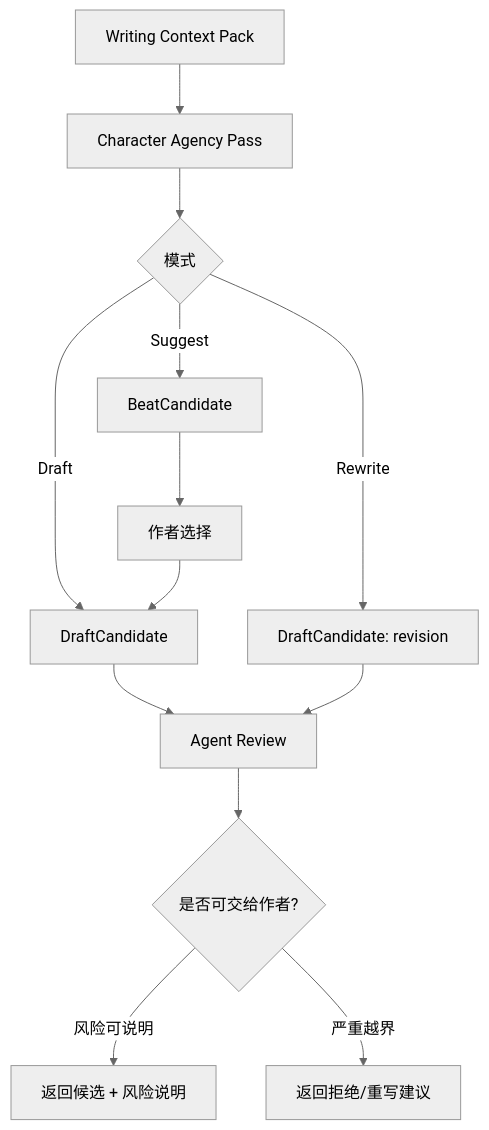
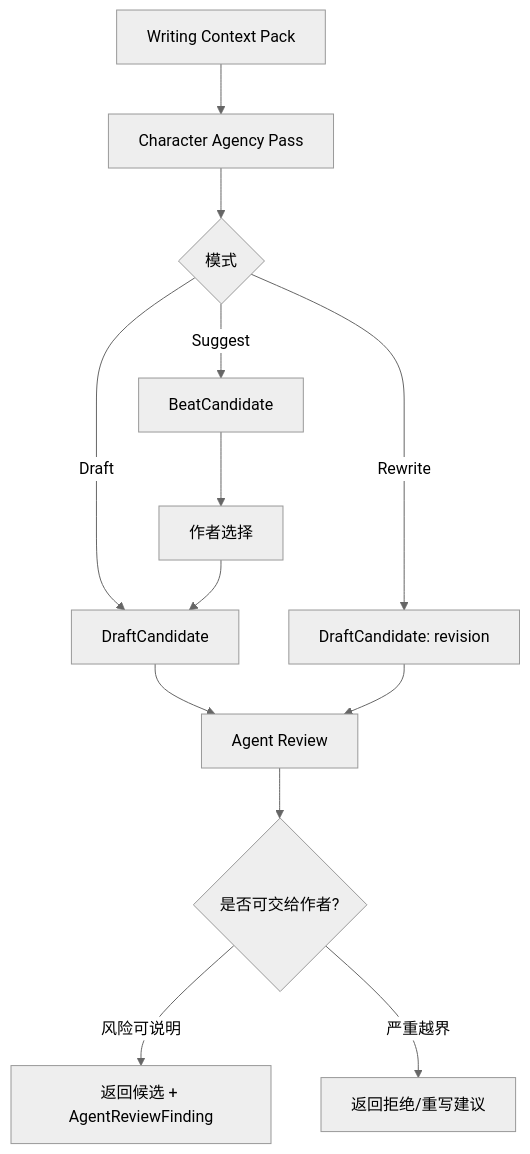
The third of 3 diagrams in goals/23-next-page-agent.md (FrankQDWang/sextantlabs), drawn with Mermaid (neutral theme) before and after one commit. The commit also changed other lines of this file, not shown here.

Commit message:
Clarify next page draft target and review findings

````diff
--- a/goals/23-next-page-agent.md
+++ b/goals/23-next-page-agent.md
@@ -113,15 +117,15 @@
 ```mermaid
 flowchart TD
     A[Writing Context Pack] --> B[Character Agency Pass]
     B --> C{模式}
     C -->|Suggest| D[BeatCandidate]
     C -->|Draft| E[DraftCandidate]
     C -->|Rewrite| F[DraftCandidate: revision]
     D --> G[作者选择]
     G --> E
     E --> H[Agent Review]
     F --> H
     H --> I{是否可交给作者?}
-    I -->|风险可说明| J[返回候选 + 风险说明]
+    I -->|风险可说明| J[返回候选 + AgentReviewFinding]
     I -->|严重越界| K[返回拒绝/重写建议]
 ```
````
